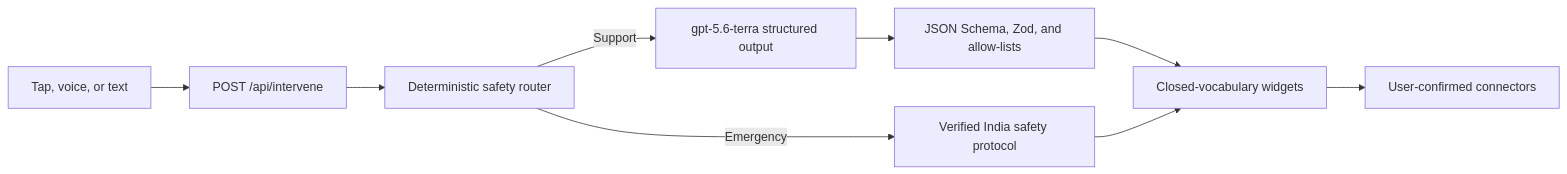
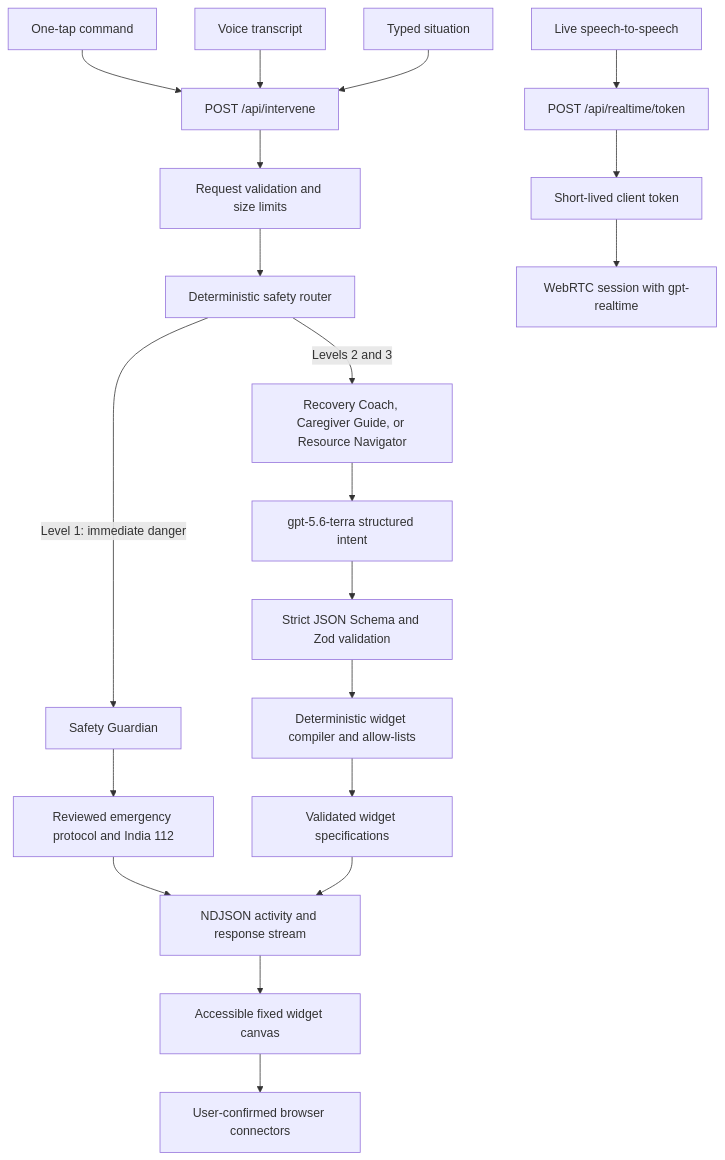
The diagram in README.md (tsathya98/promptwars-chennai-2026), drawn with Mermaid before and after one commit. The commit also changed other lines of this file, not shown here.

Commit message:
docs: README covers live speech-to-speech voice (gpt-realtime) and current flows

````diff
--- a/README.md
+++ b/README.md
@@ -39,11 +119,27 @@
 ```mermaid
-flowchart LR
-    input["Tap, voice, or text"] --> api["POST /api/intervene"]
-    api --> router["Deterministic safety router"]
-    router -->|Emergency| verified["Verified India safety protocol"]
-    router -->|Support| model["gpt-5.6-terra structured output"]
-    model --> validation["JSON Schema, Zod, and allow-lists"]
-    validation --> widgets["Closed-vocabulary widgets"]
-    verified --> widgets
-    widgets --> actions["User-confirmed connectors"]
+flowchart TB
+    tap["One-tap command"] --> intervene["POST /api/intervene"]
+    transcript["Voice transcript"] --> intervene
+    text["Typed situation"] --> intervene
+
+    intervene --> requestValidation["Request validation and size limits"]
+    requestValidation --> safetyRouter["Deterministic safety router"]
+
+    safetyRouter -->|"Level 1: immediate danger"| safetyGuardian["Safety Guardian"]
+    safetyGuardian --> verifiedProtocol["Reviewed emergency protocol and India 112"]
+
+    safetyRouter -->|"Levels 2 and 3"| specialist["Recovery Coach, Caregiver Guide, or Resource Navigator"]
+    specialist --> model["gpt-5.6-terra structured intent"]
+    model --> schema["Strict JSON Schema and Zod validation"]
+    schema --> compiler["Deterministic widget compiler and allow-lists"]
+    compiler --> validatedWidgets["Validated widget specifications"]
+
+    verifiedProtocol --> stream["NDJSON activity and response stream"]
+    validatedWidgets --> stream
+    stream --> canvas["Accessible fixed widget canvas"]
+    canvas --> connectors["User-confirmed browser connectors"]
+
+    liveVoice["Live speech-to-speech"] --> token["POST /api/realtime/token"]
+    token --> ephemeral["Short-lived client token"]
+    ephemeral --> realtime["WebRTC session with gpt-realtime"]
 ```
````
